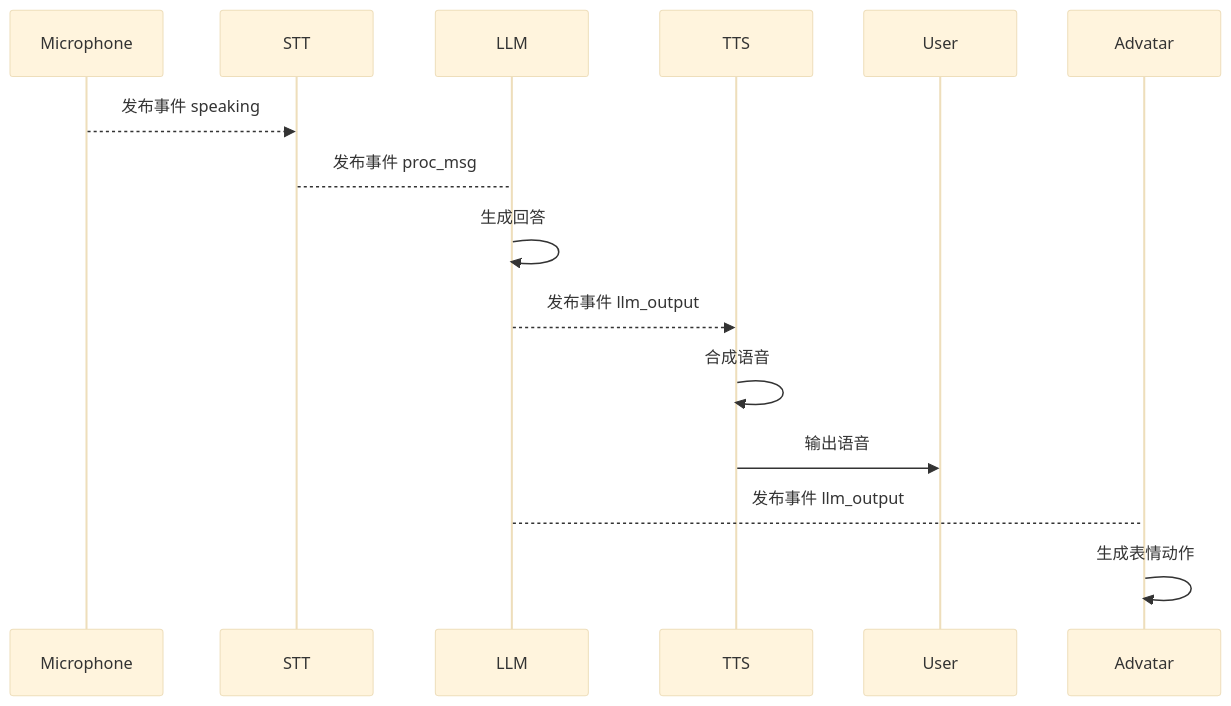
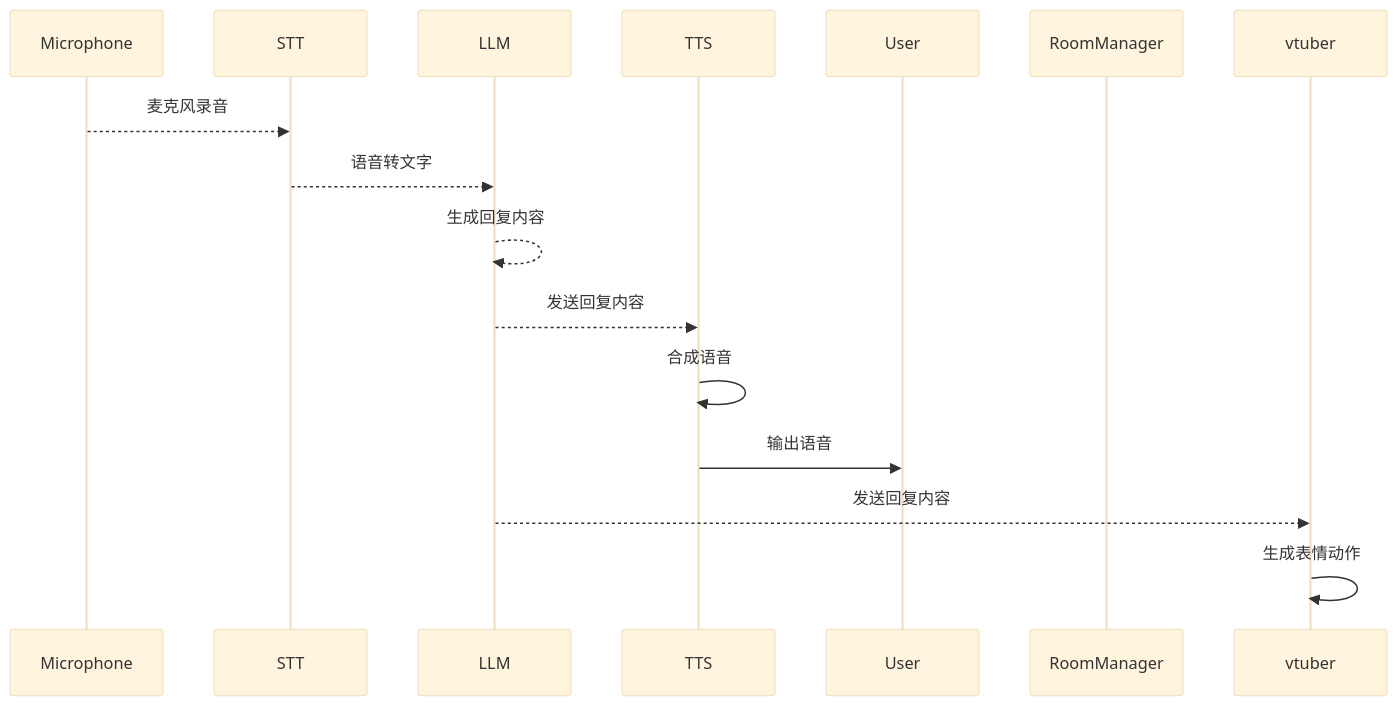
One commit to golrice/virtustream changed the third of 4 diagrams in docs/systemModel.md. Above: the diagram before and after it, drawn with Mermaid (base theme). The commit also changed other lines of this file and 4 other files, not shown here.

````diff
--- a/docs/systemModel.md
+++ b/docs/systemModel.md
@@ -232,18 +161,19 @@
 ```mermaid
 sequenceDiagram
     participant Microphone
     participant STT
     participant LLM
     participant TTS
     participant User
-    participant Advatar
+    participant RoomManager
+    participant vtuber
 
-    Microphone-->>STT: 发布事件 speaking
-    STT-->LLM: 发布事件 proc_msg
-    LLM->>LLM: 生成回答
-    LLM-->>TTS: 发布事件 llm_output
+    Microphone-->>STT: 麦克风录音
+    STT-->>LLM: 语音转文字
+    LLM-->>LLM: 生成回复内容
+    LLM-->>TTS: 发送回复内容
     TTS->>TTS: 合成语音
     TTS->>User: 输出语音
-    LLM-->Advatar: 发布事件 llm_output
-    Advatar->>Advatar: 生成表情动作
+    LLM-->>vtuber: 发送回复内容
+    vtuber->>vtuber: 生成表情动作
 ```
````
